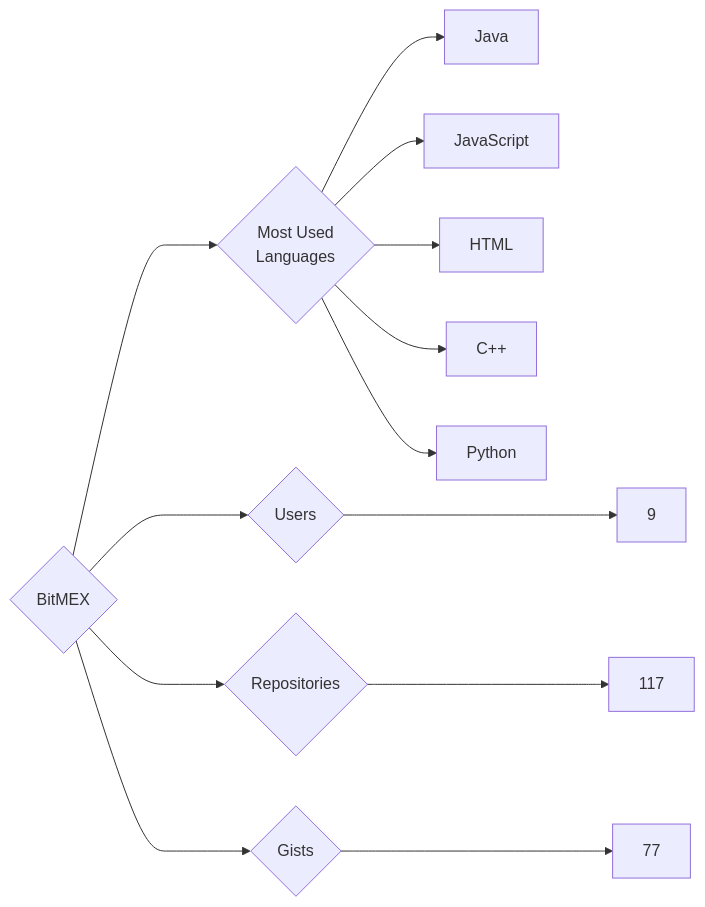
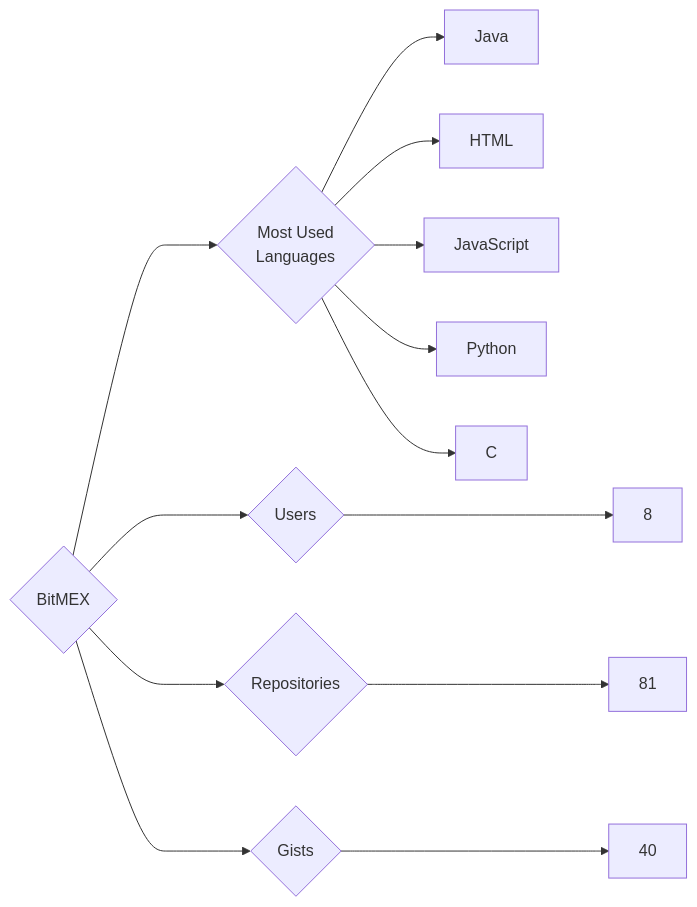
One commit to trickest/insiders changed the diagram in targets/BitMEX/README.md. Above: the diagram before and after it, drawn with Mermaid. The commit also changed 985 other files, not shown here.

````diff
--- a/targets/BitMEX/README.md
+++ b/targets/BitMEX/README.md
@@ -3,13 +3,13 @@
 ```mermaid
 graph LR
 COMPANY_NAME{BitMEX}
-COMPANY_NAME ---> U{Users} ---> UN[9]
-COMPANY_NAME ---> R{Repositories} ---> RN[117]
-COMPANY_NAME ---> G{Gists} ---> GN[77]
+COMPANY_NAME ---> U{Users} ---> UN[8]
+COMPANY_NAME ---> R{Repositories} ---> RN[81]
+COMPANY_NAME ---> G{Gists} ---> GN[40]
 COMPANY_NAME ---> ML{Most Used<br>Languages}
 ML --> Java[Java]
+ML --> HTML[HTML]
 ML --> JavaScript[JavaScript]
-ML --> HTML[HTML]
-ML --> C++[C++]
 ML --> Python[Python]
+ML --> C[C]
 ```
````
